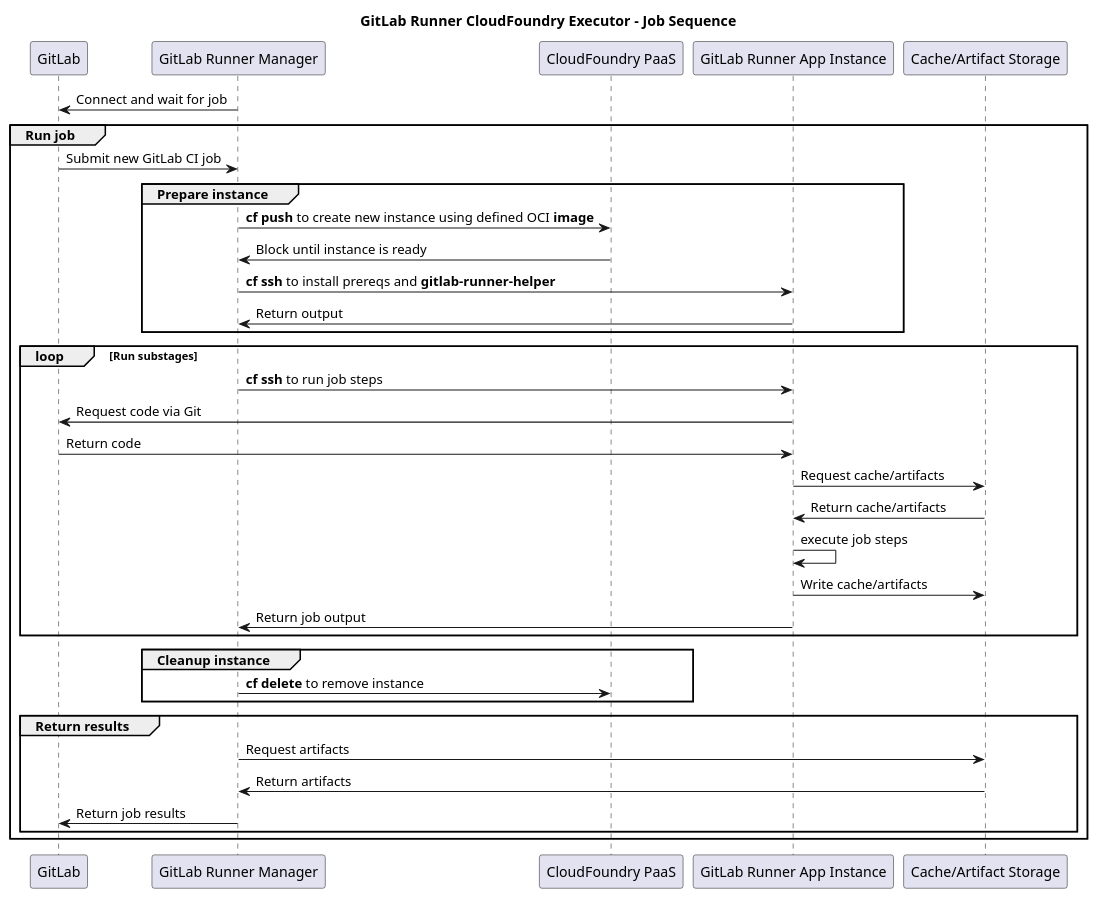
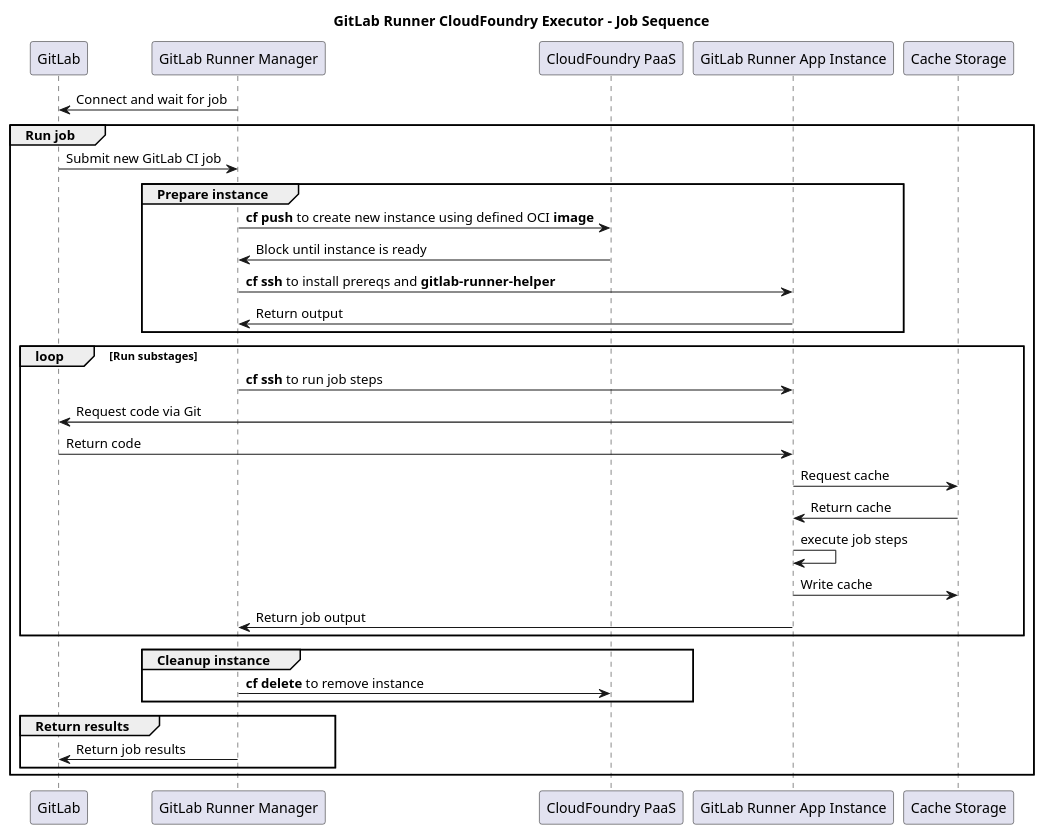
One commit to GSA-TTS/gitlab-runner-cloudgov changed the diagram in doc/gitlab-runner-cf-driver-sequence.pu. Above: the diagram before and after it, drawn with PlantUML. The commit also changed 2 other files, not shown here.

Commit message:
Strike artifact mention with regard to S3 cache

```diff
--- a/doc/gitlab-runner-cf-driver-sequence.pu
+++ b/doc/gitlab-runner-cf-driver-sequence.pu
@@ -1,56 +1,54 @@
 @startuml
 
 title GitLab Runner CloudFoundry Executor - Job Sequence
 
 'skinparam monochrome true
 
 'autonumber
 
 participant "GitLab" as gitlab
 participant "GitLab Runner Manager" as manager
 participant "CloudFoundry PaaS" as cf
 participant "GitLab Runner App Instance" as cfrunner
-participant "Cache/Artifact Storage" as cache
+participant "Cache Storage" as cache
 ' Start
 
 manager -> gitlab : Connect and wait for job
 
 group Run job
 gitlab -> manager : Submit new GitLab CI job
 
 group Prepare instance
 ' prepare.sh
 manager -> cf : **cf push** to create new instance using defined OCI **image**
 cf -> manager : Block until instance is ready
 
 manager -> cfrunner : **cf ssh** to install prereqs and **gitlab-runner-helper**
 cfrunner -> manager : Return output
 end
 
 loop Run substages
 ' run.sh
 manager -> cfrunner : **cf ssh** to run job steps
 cfrunner -> gitlab : Request code via Git
 gitlab -> cfrunner : Return code
-cfrunner -> cache : Request cache/artifacts
-cache -> cfrunner : Return cache/artifacts
+cfrunner -> cache : Request cache
+cache -> cfrunner : Return cache
 
 cfrunner -> cfrunner : execute job steps
 
-cfrunner -> cache : Write cache/artifacts
+cfrunner -> cache : Write cache
 
 cfrunner -> manager : Return job output
 end
 
 group Cleanup instance
 manager -> cf : **cf delete** to remove instance
 end
 
 group Return results
-manager -> cache : Request artifacts
-cache -> manager : Return artifacts
 manager -> gitlab : Return job results
 end
 
 end
 @enduml
```
